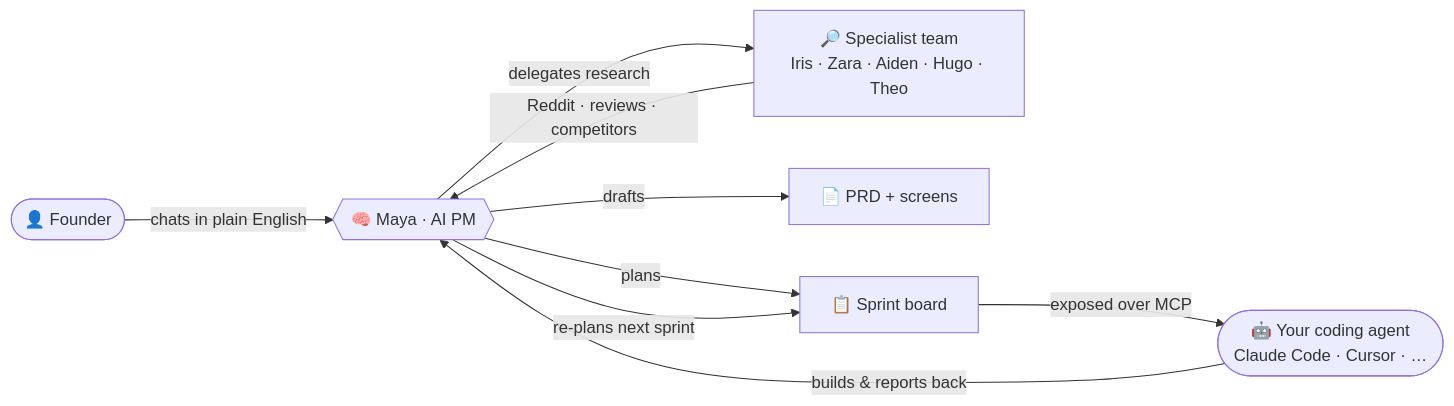
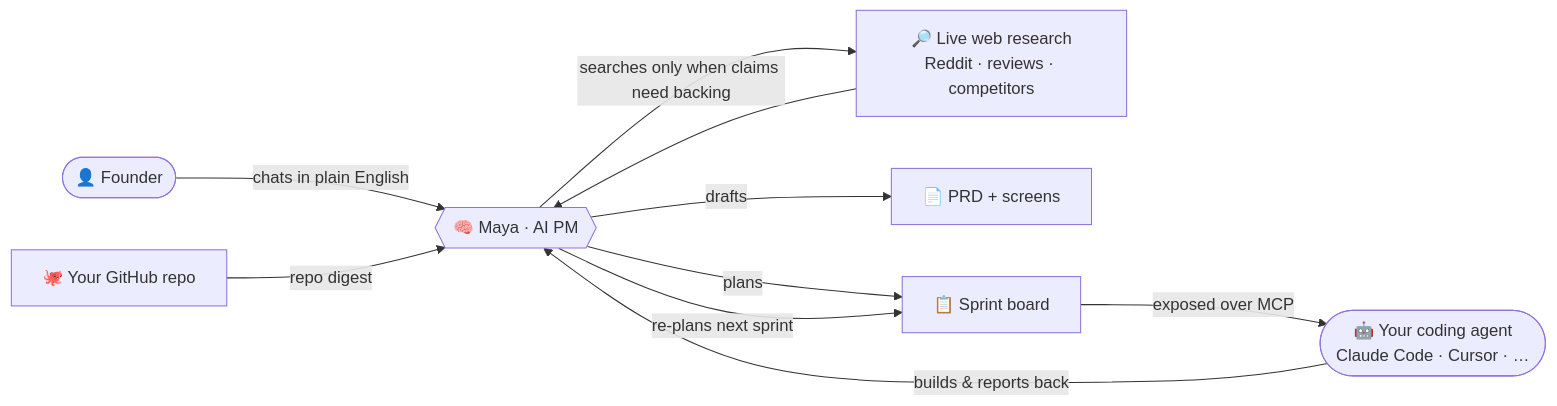
One commit to majortom-39/productsense changed the diagram in README.md. Above: the diagram before and after it, drawn with Mermaid. The commit also changed other lines of this file and 3 other files, not shown here.

First line of the commit message:
Docs: catch README + architecture docs up to the single-agent reality

````diff
--- a/README.md
+++ b/README.md
@@ -48,11 +49,12 @@
 ```mermaid
 flowchart LR
     F([👤 Founder]) -->|chats in plain English| M{{🧠 Maya · AI PM}}
-    M -->|delegates research| S[🔎 Specialist team<br/>Iris · Zara · Aiden · Hugo · Theo]
-    S -->|Reddit · reviews · competitors| M
+    M -->|searches only when claims need backing| W[🔎 Live web research<br/>Reddit · reviews · competitors]
+    W --> M
+    G[🐙 Your GitHub repo] -->|repo digest| M
     M -->|drafts| P[📄 PRD + screens]
     M -->|plans| B[📋 Sprint board]
     B -->|exposed over MCP| C([🤖 Your coding agent<br/>Claude Code · Cursor · …])
     C -->|builds & reports back| M
     M -->|re-plans next sprint| B
 ```
````
